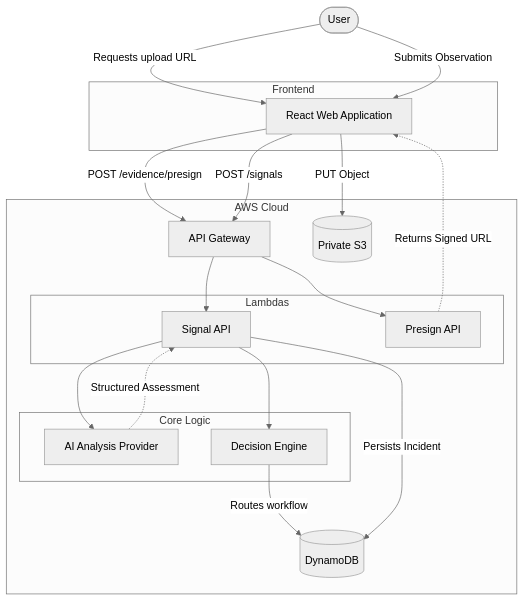
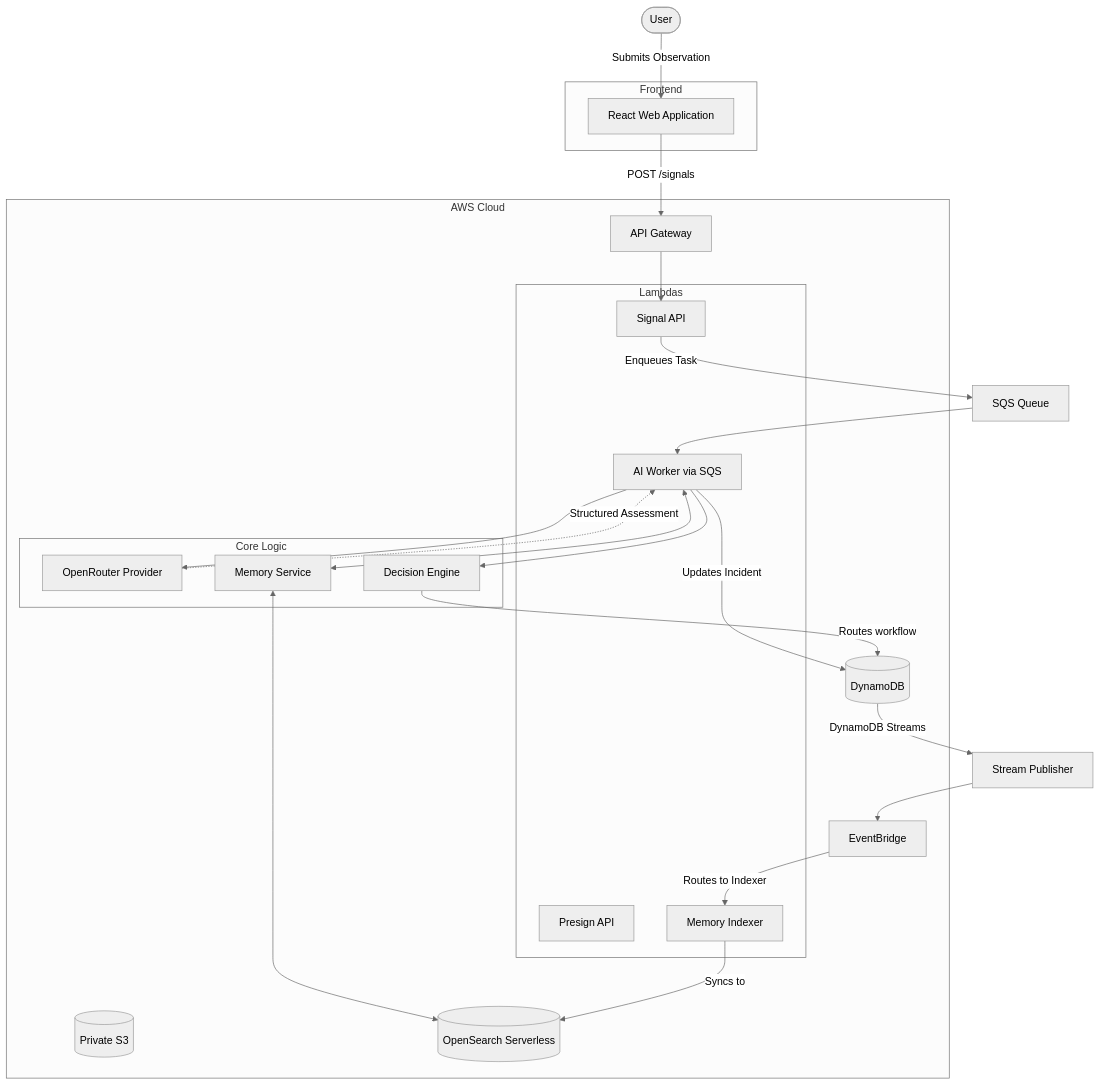
One commit to jackso1328/report-to-me-ai changed the diagram in README.md. Above: the diagram before and after it, drawn with Mermaid (neutral theme). The commit also changed other lines of this file and 19 other files, not shown here.

````diff
--- a/README.md
+++ b/README.md
@@ -39,43 +42,50 @@
 ```mermaid
 flowchart TD
     User([User])
     
     subgraph Frontend
         React[React Web Application]
     end
     
     subgraph AWS Cloud
         API[API Gateway]
         
         subgraph Lambdas
             SignalFn[Signal API]
             PresignFn[Presign API]
+            AIWorker[AI Worker via SQS]
+            Indexer[Memory Indexer]
         end
         
         S3[(Private S3)]
         DB[(DynamoDB)]
+        Search[(OpenSearch Serverless)]
+        EventBus[EventBridge]
         
         subgraph Core Logic
-            AI[AI Analysis Provider]
+            AI[OpenRouter Provider]
             Engine[Decision Engine]
+            Memory[Memory Service]
         end
     end
-    
-    User -- Requests upload URL --> React
-    React -- POST /evidence/presign --> API
-    API --> PresignFn
-    PresignFn -. Returns Signed URL .-> React
-    
-    React -- PUT Object --> S3
     
     User -- Submits Observation --> React
     React -- POST /signals --> API
     API --> SignalFn
+    SignalFn -- Enqueues Task --> SQS[SQS Queue]
+    SQS --> AIWorker
     
-    SignalFn --> AI
-    AI -. Structured Assessment .-> SignalFn
-    SignalFn --> Engine
+    AIWorker --> AI
+    AI -. Structured Assessment .-> AIWorker
+    AIWorker <--> Memory
+    Memory <--> Search
+    AIWorker --> Engine
     
     Engine -- Routes workflow --> DB
-    SignalFn -- Persists Incident --> DB
+    AIWorker -- Updates Incident --> DB
+    
+    DB -- DynamoDB Streams --> StreamPub[Stream Publisher]
+    StreamPub --> EventBus
+    EventBus -- Routes to Indexer --> Indexer
+    Indexer -- Syncs to --> Search
 ```
````
